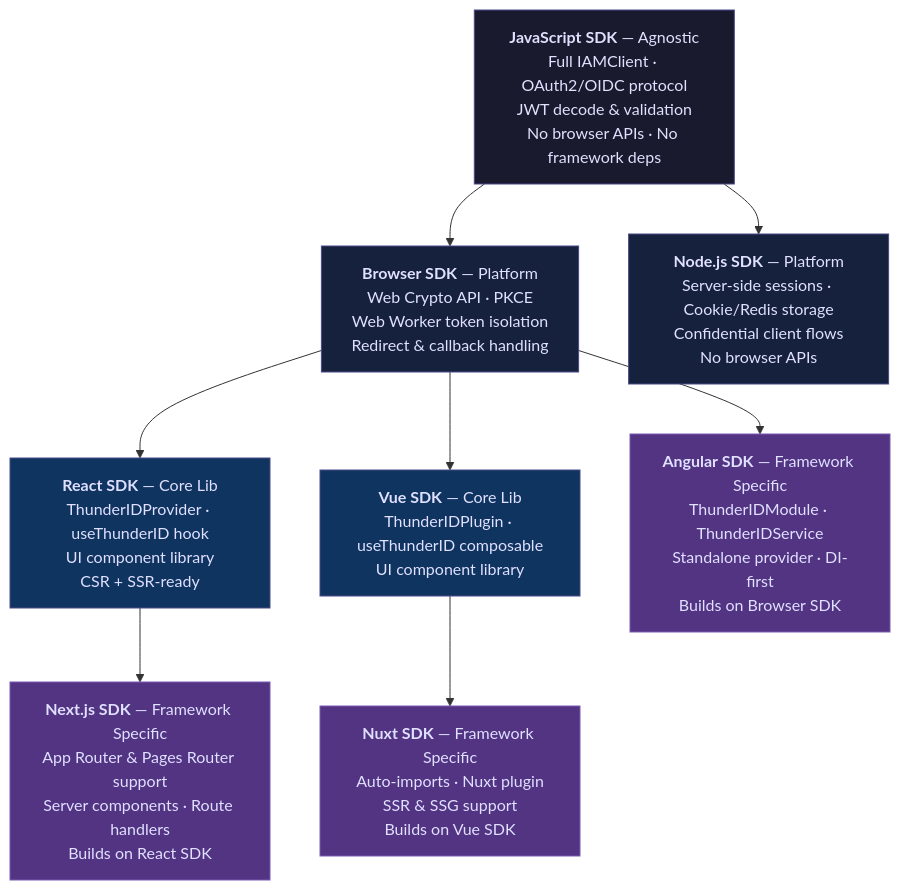
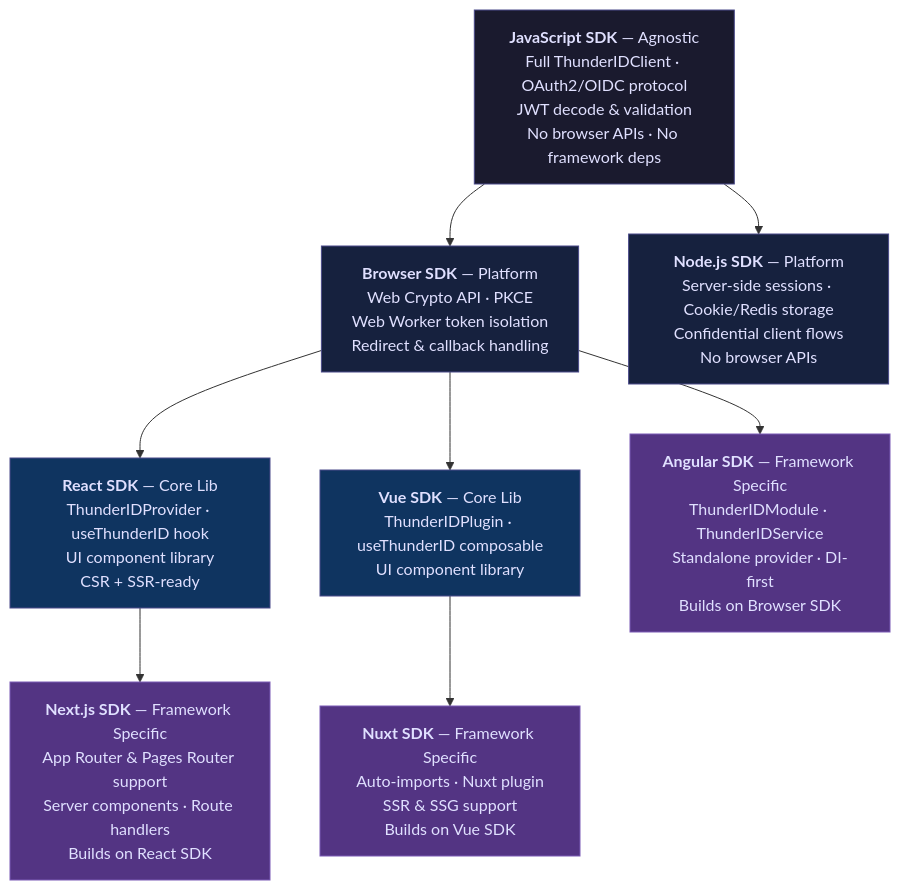
Before and after one commit to brionmario/thunder-sdks: the second of 2 diagrams in docs/content/community/contributing/contributing-code/tooling-development/sdk-specification/README.md, drawn with Mermaid. The commit also changed other lines of this file and 4 other files, not shown here.

````diff
--- a/docs/content/community/contributing/contributing-code/tooling-development/sdk-specification/README.md
+++ b/docs/content/community/contributing/contributing-code/tooling-development/sdk-specification/README.md
@@ -124,35 +126,35 @@
 ```mermaid
 graph TD
-    JS["<b>JavaScript SDK</b> — Agnostic<br/>Full IAMClient · OAuth2/OIDC protocol<br/>JWT decode &amp; validation<br/>No browser APIs · No framework deps"]
+    JS["<b>JavaScript SDK</b> — Agnostic<br/>Full ThunderIDClient · OAuth2/OIDC protocol<br/>JWT decode &amp; validation<br/>No browser APIs · No framework deps"]
 
     BR["<b>Browser SDK</b> — Platform<br/>Web Crypto API · PKCE<br/>Web Worker token isolation<br/>Redirect &amp; callback handling"]
 
     NO["<b>Node.js SDK</b> — Platform<br/>Server-side sessions · Cookie/Redis storage<br/>Confidential client flows<br/>No browser APIs"]
 
     RE["<b>React SDK</b> — Core Lib<br/>ThunderIDProvider · useThunderID hook<br/>UI component library<br/>CSR + SSR-ready"]
 
     VU["<b>Vue SDK</b> — Core Lib<br/>ThunderIDPlugin · useThunderID composable<br/>UI component library"]
 
     NX["<b>Next.js SDK</b> — Framework Specific<br/>App Router &amp; Pages Router support<br/>Server components · Route handlers<br/>Builds on React SDK"]
 
     NU["<b>Nuxt SDK</b> — Framework Specific<br/>Auto-imports · Nuxt plugin<br/>SSR &amp; SSG support<br/>Builds on Vue SDK"]
 
     AN["<b>Angular SDK</b> — Framework Specific<br/>ThunderIDModule · ThunderIDService<br/>Standalone provider · DI-first<br/>Builds on Browser SDK"]
 
     JS --> BR
     JS --> NO
     BR --> RE
     BR --> VU
     BR --> AN
     RE --> NX
     VU --> NU
 
     style JS fill:#1a1a2e,color:#e0e0ff,stroke:#4a4a8a
     style BR fill:#16213e,color:#e0e0ff,stroke:#4a4a8a
     style NO fill:#16213e,color:#e0e0ff,stroke:#4a4a8a
     style RE fill:#0f3460,color:#e0e0ff,stroke:#4a4a8a
     style VU fill:#0f3460,color:#e0e0ff,stroke:#4a4a8a
     style NX fill:#533483,color:#e0e0ff,stroke:#7a5ab5
     style NU fill:#533483,color:#e0e0ff,stroke:#7a5ab5
     style AN fill:#533483,color:#e0e0ff,stroke:#7a5ab5
 ```
````
